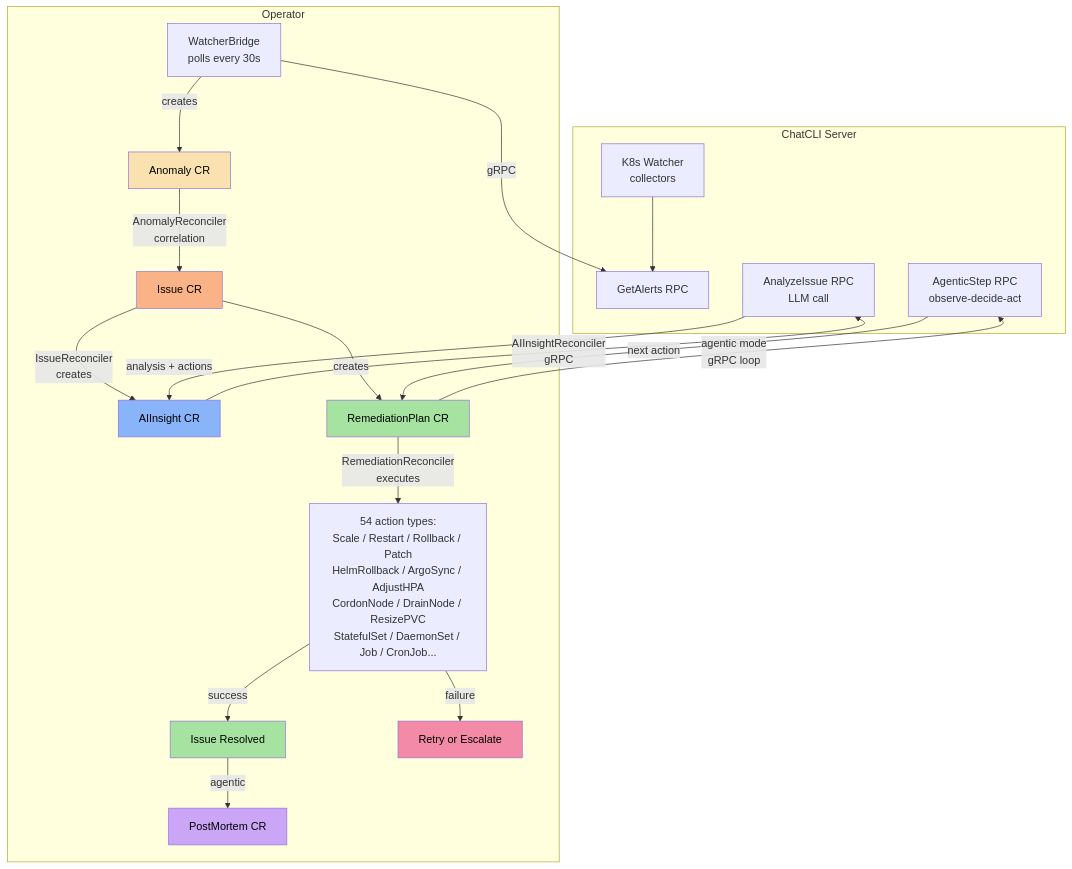
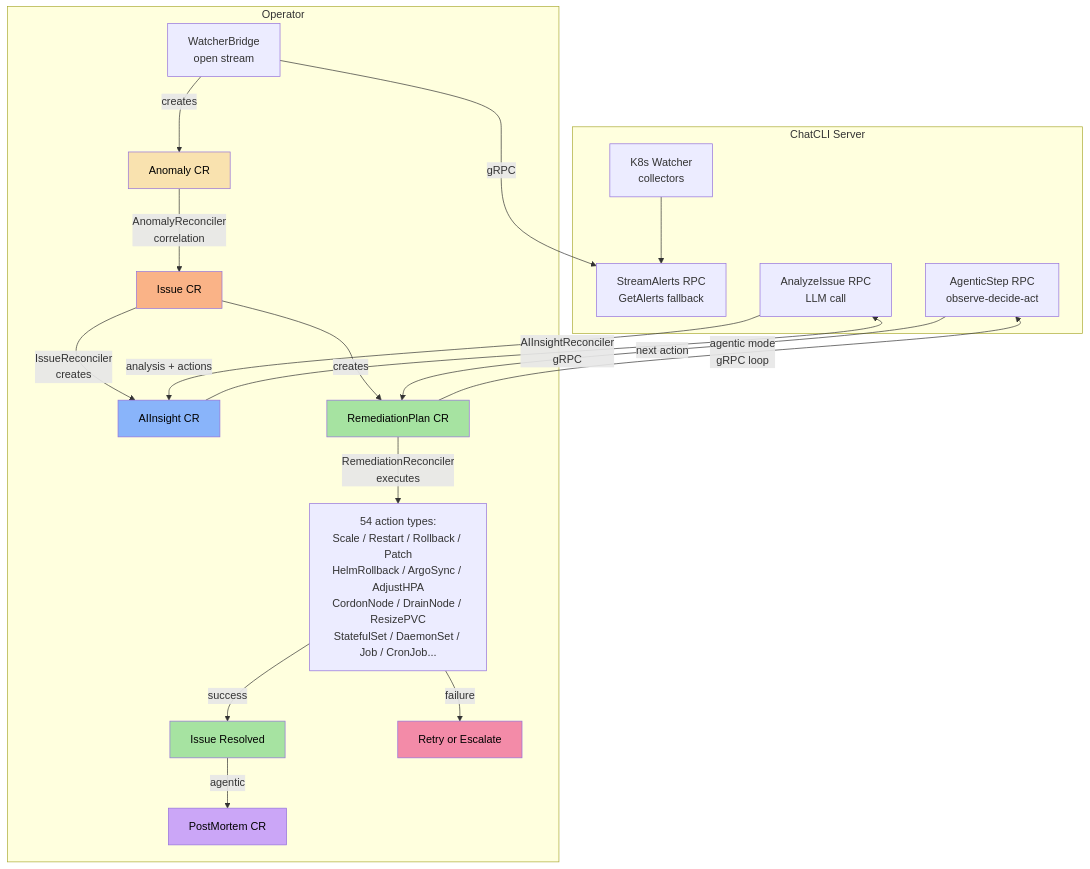
The first of 3 diagrams in features/k8s-operator.mdx (diillson/chatcli.ai), drawn with Mermaid before and after one commit. The commit also changed other lines of this file and 7 other files, not shown here.

Commit message:
docs: StreamAlerts RPC and the operator's stream-first watcher bridge

````diff
--- a/features/k8s-operator.mdx
+++ b/features/k8s-operator.mdx
@@ -138,32 +138,32 @@
 ```mermaid
 graph TD
     subgraph "ChatCLI Server"
-        W[K8s Watcher<br/>collectors] --> GA[GetAlerts RPC]
+        W[K8s Watcher<br/>collectors] --> GA[StreamAlerts RPC<br/>GetAlerts fallback]
         AI_RPC[AnalyzeIssue RPC<br/>LLM call]
         AG_RPC[AgenticStep RPC<br/>observe-decide-act]
     end
 
     subgraph "Operator"
-        WB[WatcherBridge<br/>polls every 30s] -->|gRPC| GA
+        WB[WatcherBridge<br/>open stream] -->|gRPC| GA
         WB -->|creates| ANOM[Anomaly CR]
         ANOM -->|AnomalyReconciler<br/>correlation| ISS[Issue CR]
         ISS -->|IssueReconciler<br/>creates| INSIGHT[AIInsight CR]
         INSIGHT -->|AIInsightReconciler<br/>gRPC| AI_RPC
         AI_RPC -->|analysis + actions| INSIGHT
         ISS -->|creates| PLAN[RemediationPlan CR]
         PLAN -->|RemediationReconciler<br/>executes| ACTIONS[54 action types:<br/>Scale / Restart / Rollback / Patch<br/>HelmRollback / ArgoSync / AdjustHPA<br/>CordonNode / DrainNode / ResizePVC<br/>StatefulSet / DaemonSet / Job / CronJob...]
         PLAN -->|agentic mode<br/>gRPC loop| AG_RPC
         AG_RPC -->|next action| PLAN
         ACTIONS -->|success| RESOLVED[Issue Resolved]
         ACTIONS -->|failure| RETRY[Retry or Escalate]
         RESOLVED -->|agentic| PM[PostMortem CR]
     end
 
     style ANOM fill:#f9e2af,color:#000
     style ISS fill:#fab387,color:#000
     style INSIGHT fill:#89b4fa,color:#000
     style PLAN fill:#a6e3a1,color:#000
     style RESOLVED fill:#a6e3a1,color:#000
     style RETRY fill:#f38ba8,color:#000
     style PM fill:#cba6f7,color:#000
 ```
````
